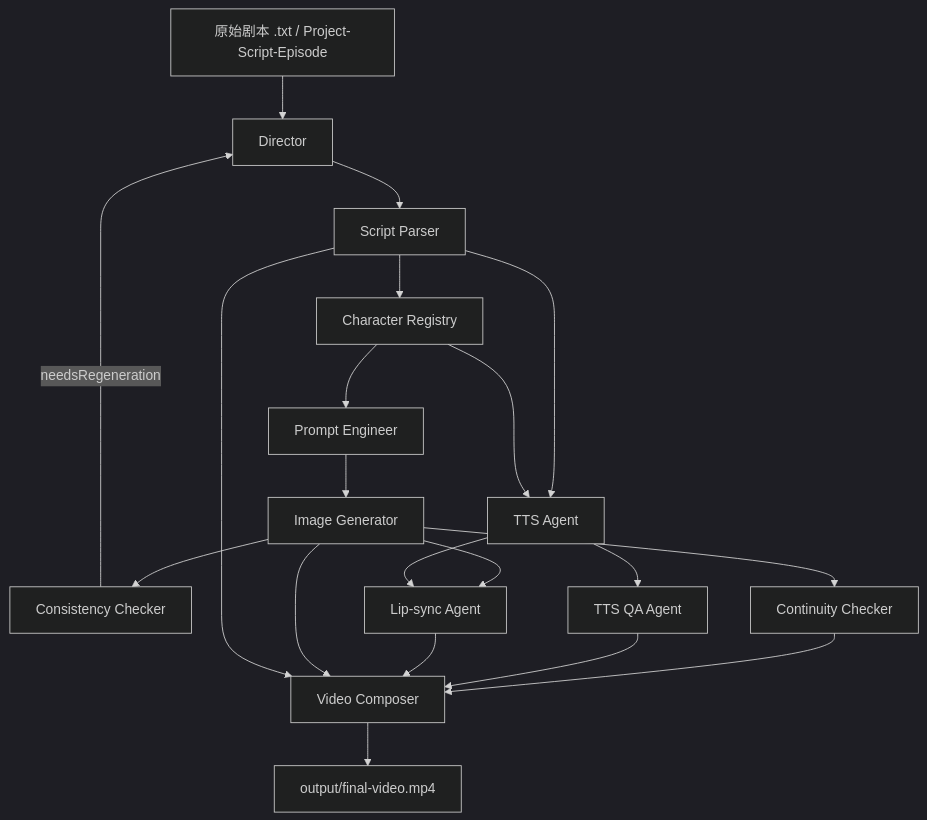
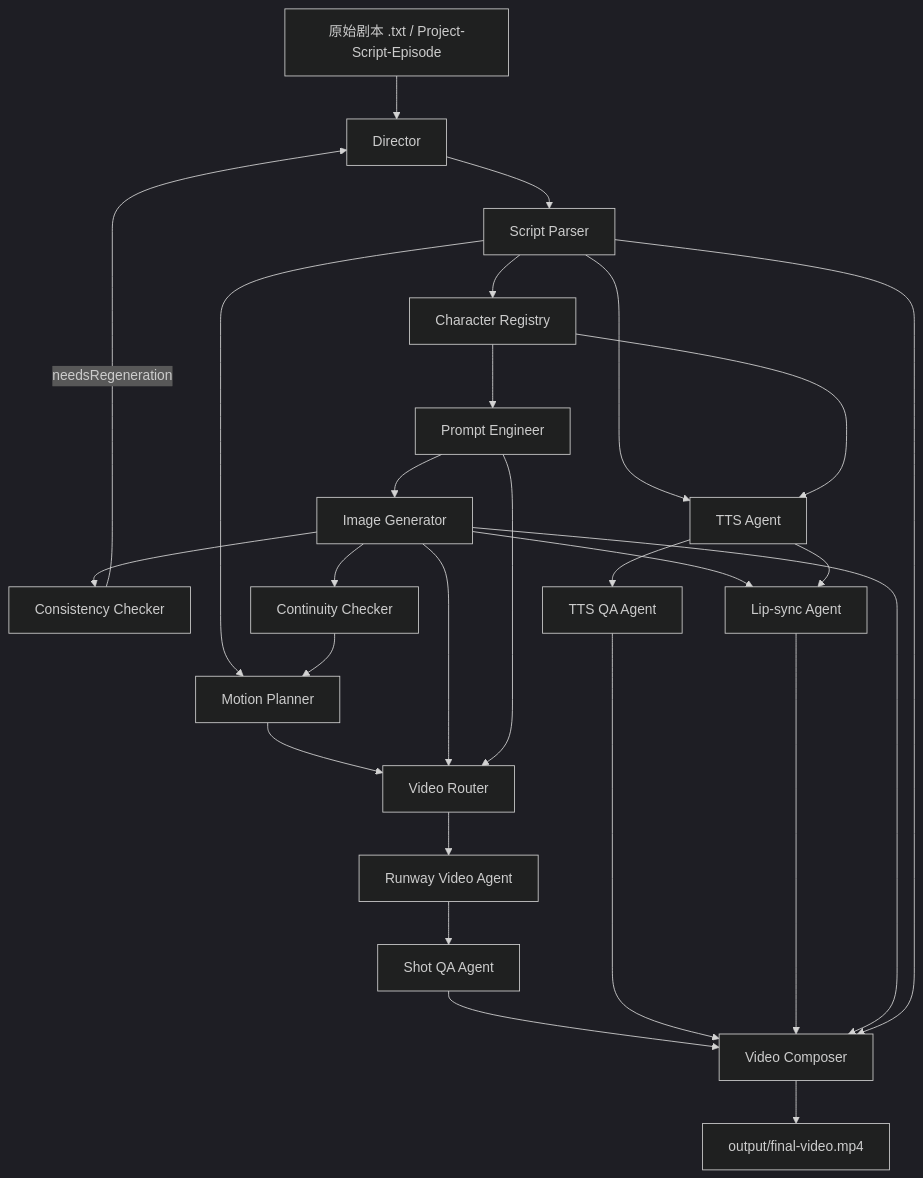
One commit to OliverPanda/AI-video-factory-pro changed the first of 3 diagrams in docs/agents/agent-io-map.md. Above: the diagram before and after it, drawn with Mermaid (dark theme). The commit also changed other lines of this file and 3 other files, not shown here.

First line of the commit message:
docs: 补充 Agent 协作与运行流程图

````diff
--- a/docs/agents/agent-io-map.md
+++ b/docs/agents/agent-io-map.md
@@ -10,22 +10,29 @@
 ```mermaid
 flowchart TD
     A[原始剧本 .txt / Project-Script-Episode] --> B[Director]
     B --> C[Script Parser]
     C --> D[Character Registry]
     D --> E[Prompt Engineer]
     E --> F[Image Generator]
     F --> G[Consistency Checker]
     G -->|needsRegeneration| B
     F --> H[Continuity Checker]
-    C --> I[TTS Agent]
-    D --> I
-    I --> J[TTS QA Agent]
-    F --> K[Lip-sync Agent]
-    I --> K
-    H --> L[Video Composer]
-    J --> L
-    K --> L
-    F --> L
-    C --> L
-    L --> M[output/final-video.mp4]
+    C --> I[Motion Planner]
+    H --> I
+    I --> J[Video Router]
+    F --> J
+    E --> J
+    J --> K[Runway Video Agent]
+    K --> L[Shot QA Agent]
+    C --> M[TTS Agent]
+    D --> M
+    M --> N[TTS QA Agent]
+    F --> O[Lip-sync Agent]
+    M --> O
+    L --> P[Video Composer]
+    N --> P
+    O --> P
+    F --> P
+    C --> P
+    P --> Q[output/final-video.mp4]
 ```
````
